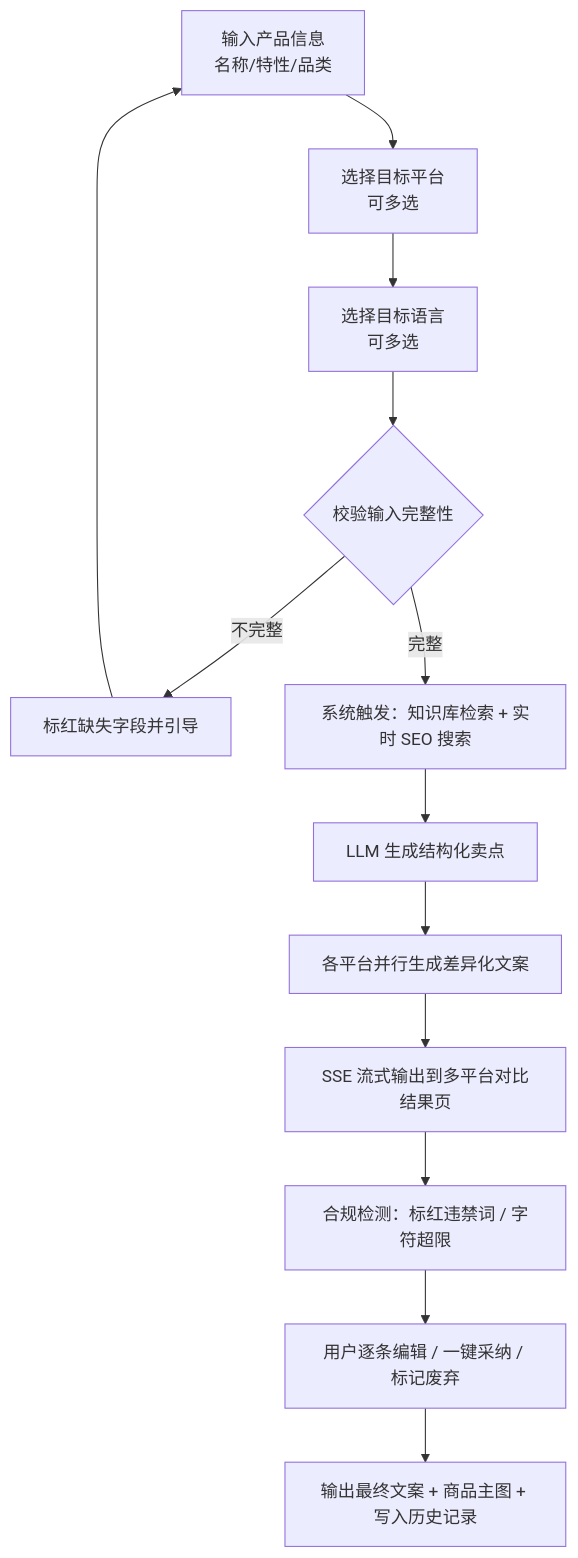
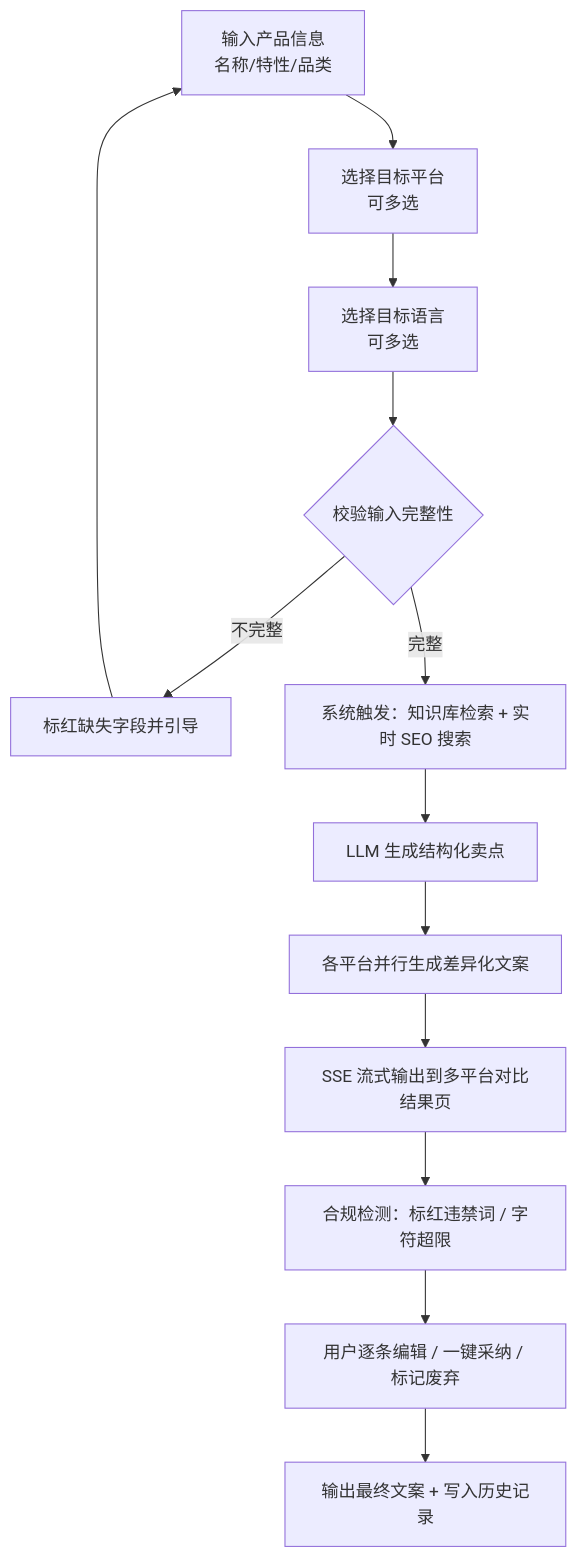
The diagram in docs/PRD.md (guo25476688-cmd/copyflow-crossborder-ecom), drawn with Mermaid before and after one commit. The commit also changed other lines of this file and 26 other files, not shown here.

````diff
--- a/docs/PRD.md
+++ b/docs/PRD.md
@@ -230,14 +228,14 @@
 ```mermaid
 flowchart TD
     S1[输入产品信息<br/>名称/特性/品类] --> S2[选择目标平台<br/>可多选]
     S2 --> S3[选择目标语言<br/>可多选]
     S3 --> S4{校验输入完整性}
     S4 -->|不完整| S4E[标红缺失字段并引导] --> S1
     S4 -->|完整| S5[系统触发：知识库检索 + 实时 SEO 搜索]
     S5 --> S6[LLM 生成结构化卖点]
     S6 --> S7[各平台并行生成差异化文案]
     S7 --> S8[SSE 流式输出到多平台对比结果页]
     S8 --> S9[合规检测：标红违禁词 / 字符超限]
     S9 --> S10[用户逐条编辑 / 一键采纳 / 标记废弃]
-    S10 --> S11[输出最终文案 + 商品主图 + 写入历史记录]
+    S10 --> S11[输出最终文案 + 写入历史记录]
 ```
````
